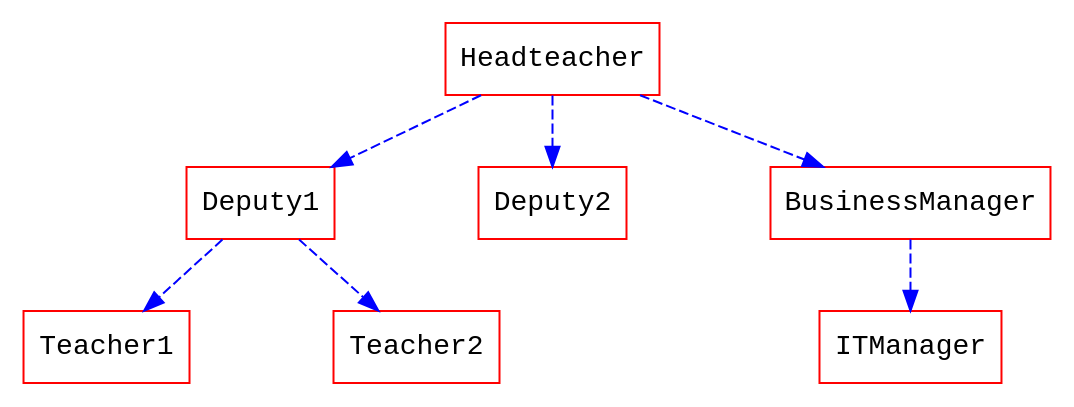
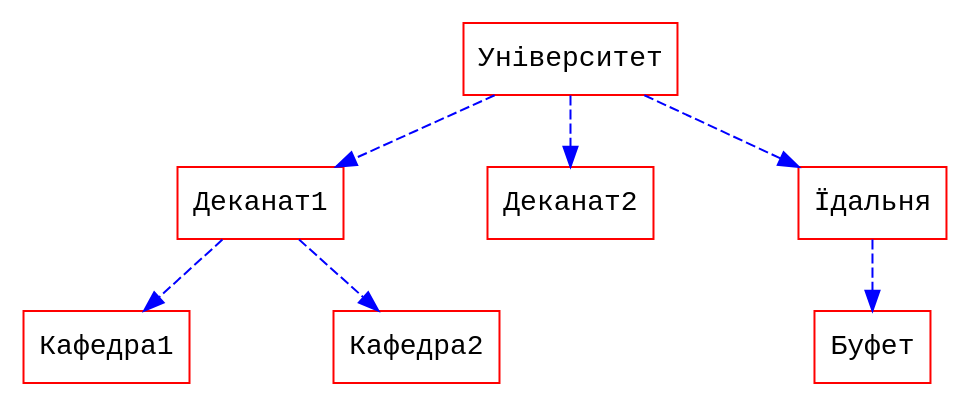
One commit to hackmdio/codimd changed the first of 3 diagrams in public/docs/features.md. Above: the diagram before and after it, drawn with Graphviz. The commit also changed other lines of this file and 1 other file, not shown here.

````diff
--- a/public/docs/features.md
+++ b/public/docs/features.md
@@ -299,14 +282,14 @@
 ```graphviz
 digraph hierarchy {
 
                 nodesep=1.0 // increases the separation between nodes
 
                 node [color=Red,fontname=Courier,shape=box] //All nodes will this shape and colour
                 edge [color=Blue, style=dashed] //All the lines look like this
 
-                Headteacher->{Deputy1 Deputy2 BusinessManager}
-                Deputy1->{Teacher1 Teacher2}
-                BusinessManager->ITManager
-                {rank=same;ITManager Teacher1 Teacher2}  // Put them on the same level
+                Університет->{Деканат1 Деканат2 Їдальня}
+                Деканат1->{Кафедра1 Кафедра2}
+                Їдальня-> Буфет
+                {rank=same;Буфет Кафедра1 Кафедра2}  // Put them on the same level
 }
 ```
````
